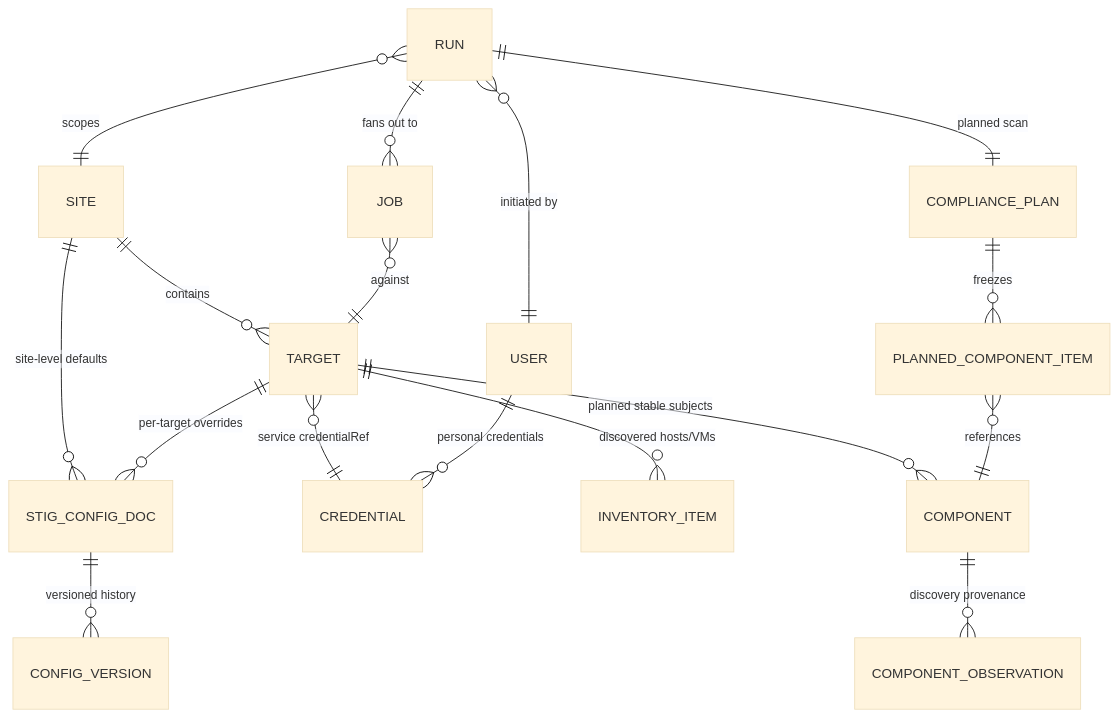
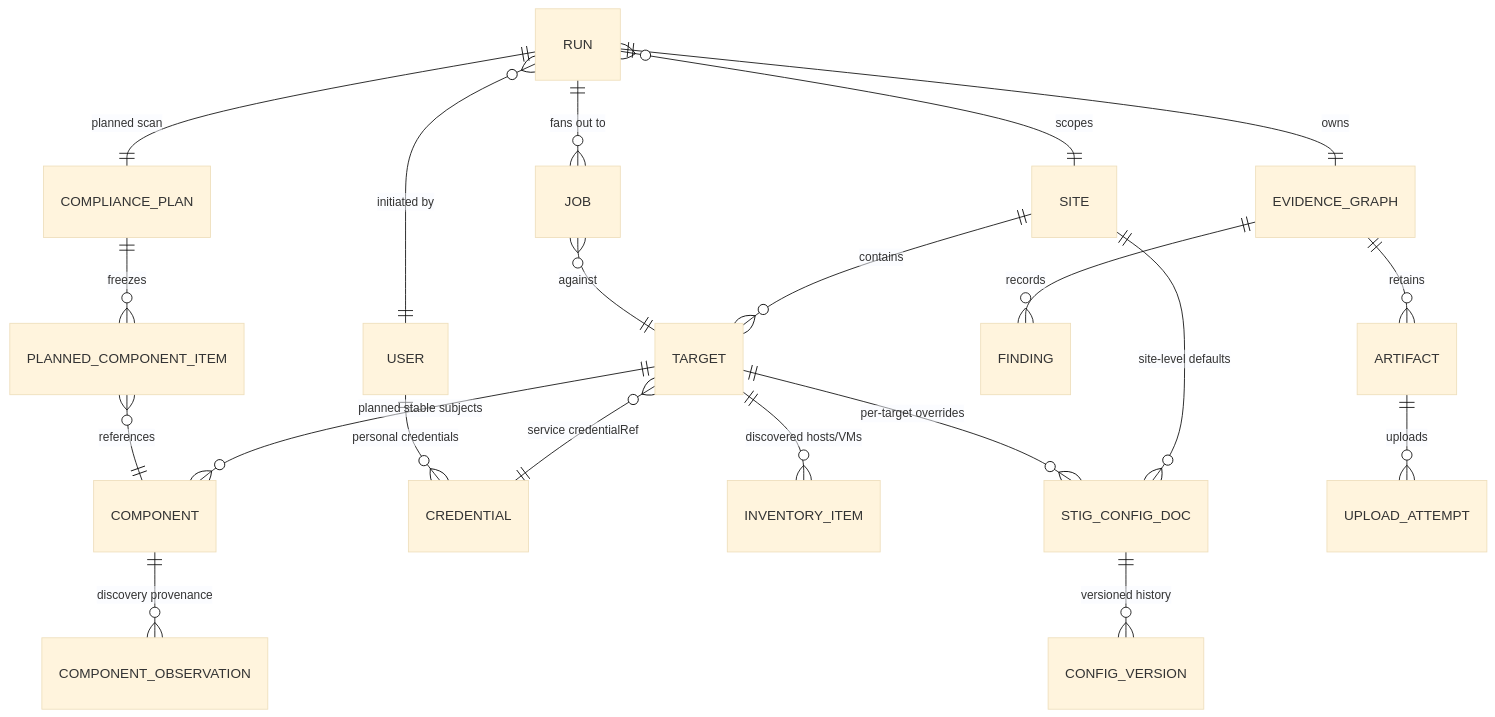
Before and after one commit to blac9216/waypoint: the diagram in docs/domain-model.md, drawn with Mermaid (base theme). The commit also changed other lines of this file and 3 other files, not shown here.

````diff
--- a/docs/domain-model.md
+++ b/docs/domain-model.md
@@ -8,19 +8,23 @@
 ```mermaid
 erDiagram
     SITE ||--o{ TARGET : contains
     SITE ||--o{ STIG_CONFIG_DOC : "site-level defaults"
     TARGET ||--o{ STIG_CONFIG_DOC : "per-target overrides"
     TARGET }o--|| CREDENTIAL : "service credentialRef"
     TARGET ||--o{ INVENTORY_ITEM : "discovered hosts/VMs"
     TARGET ||--o{ COMPONENT : "planned stable subjects"
     COMPONENT ||--o{ COMPONENT_OBSERVATION : "discovery provenance"
     USER ||--o{ CREDENTIAL : "personal credentials"
     RUN ||--o{ JOB : "fans out to"
     RUN ||--|| COMPLIANCE_PLAN : "planned scan"
     COMPLIANCE_PLAN ||--o{ PLANNED_COMPONENT_ITEM : freezes
     PLANNED_COMPONENT_ITEM }o--|| COMPONENT : references
+    RUN ||--|| EVIDENCE_GRAPH : owns
+    EVIDENCE_GRAPH ||--o{ FINDING : records
+    EVIDENCE_GRAPH ||--o{ ARTIFACT : retains
+    ARTIFACT ||--o{ UPLOAD_ATTEMPT : uploads
     JOB }o--|| TARGET : against
     RUN }o--|| SITE : scopes
     RUN }o--|| USER : "initiated by"
     STIG_CONFIG_DOC ||--o{ CONFIG_VERSION : "versioned history"
 ```
````
